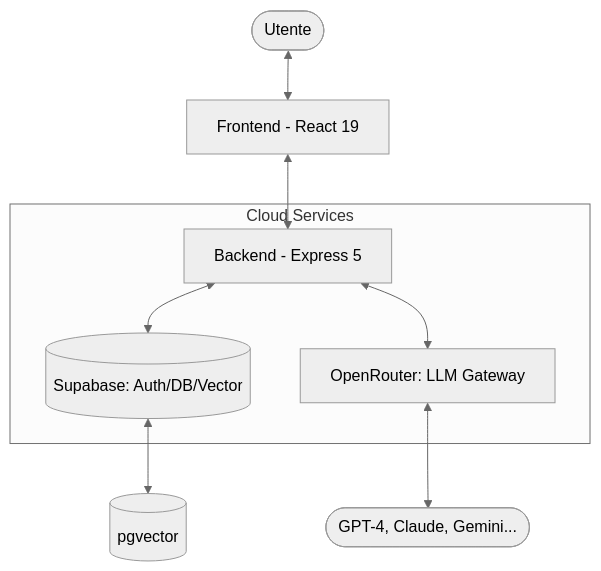
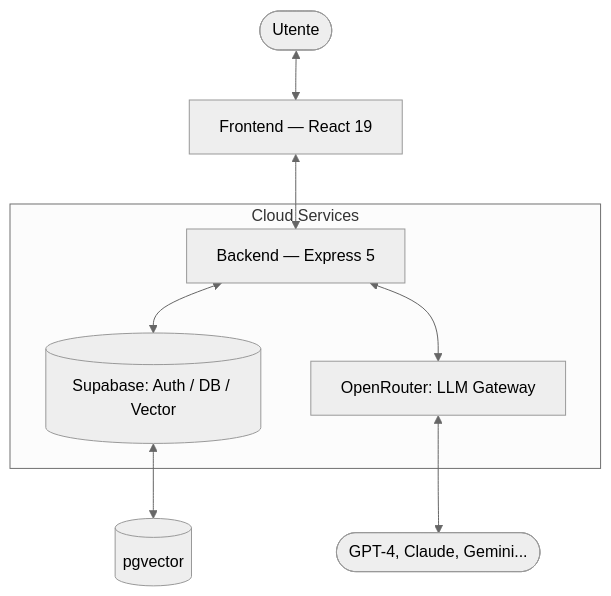
The diagram in docs/02_architettura_generale.md (paparesta-007/progetto-maturita), drawn with Mermaid before and after one commit. The commit also changed other lines of this file and 33 other files, not shown here.

Commit message:
docs: refine architecture documentation, improve sidebar dark mode, and reorganize project support files

````diff
--- a/docs/02_architettura_generale.md
+++ b/docs/02_architettura_generale.md
@@ -93,14 +96,14 @@
 ```mermaid
 %%{init: {'theme': 'neutral', 'themeVariables': { 'primaryColor': '#3b82f6', 'edgeColor': '#64748b' }}}%%
 graph TD
-    User(["Utente"]) <--> Client["Frontend - React 19"]
-    Client <--> Server["Backend - Express 5"]
-    
+    User(["Utente"]) <--> Client["Frontend — React 19"]
+    Client <--> Server["Backend — Express 5"]
+
     subgraph "Cloud Services"
-        Server <--> Supabase[("Supabase: Auth/DB/Vector")]
+        Server <--> Supabase[("Supabase: Auth / DB / Vector")]
         Server <--> OpenRouter["OpenRouter: LLM Gateway"]
     end
-    
+
     Supabase <--> VectorStore[("pgvector")]
     OpenRouter <--> Models(["GPT-4, Claude, Gemini..."])
 ```
````
